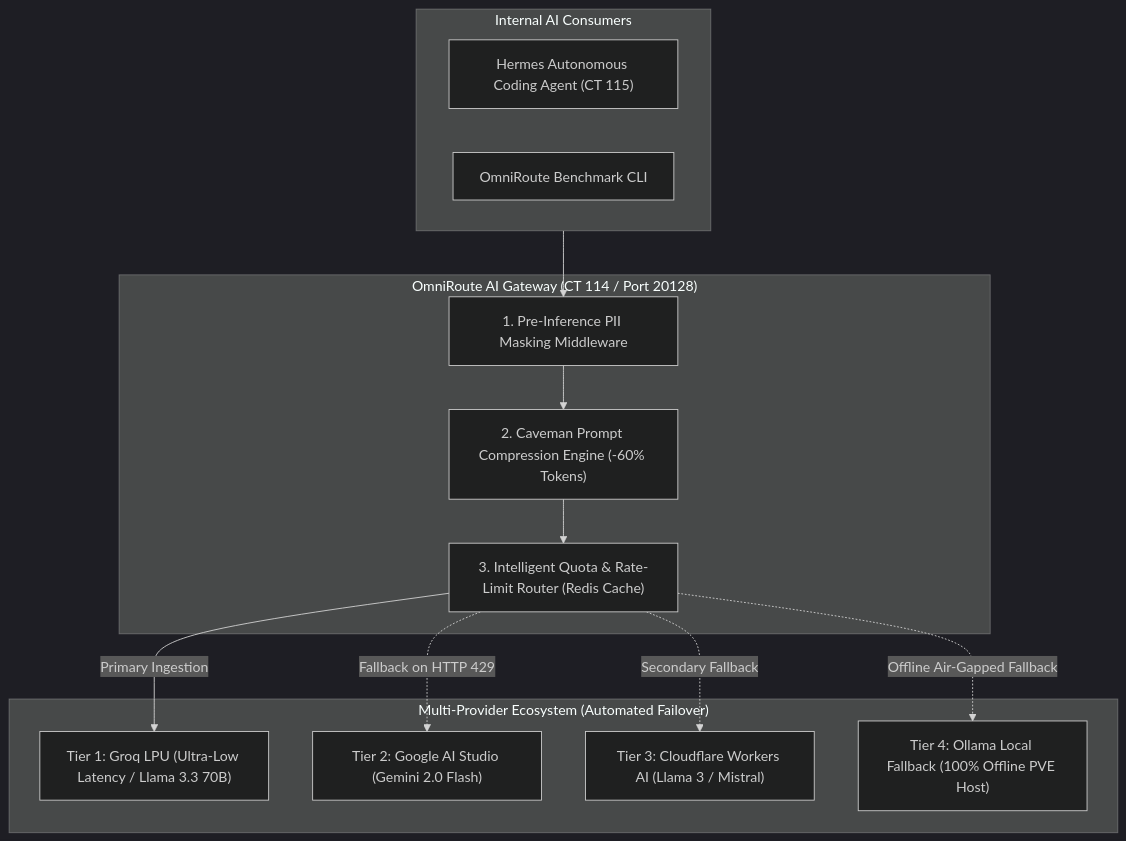
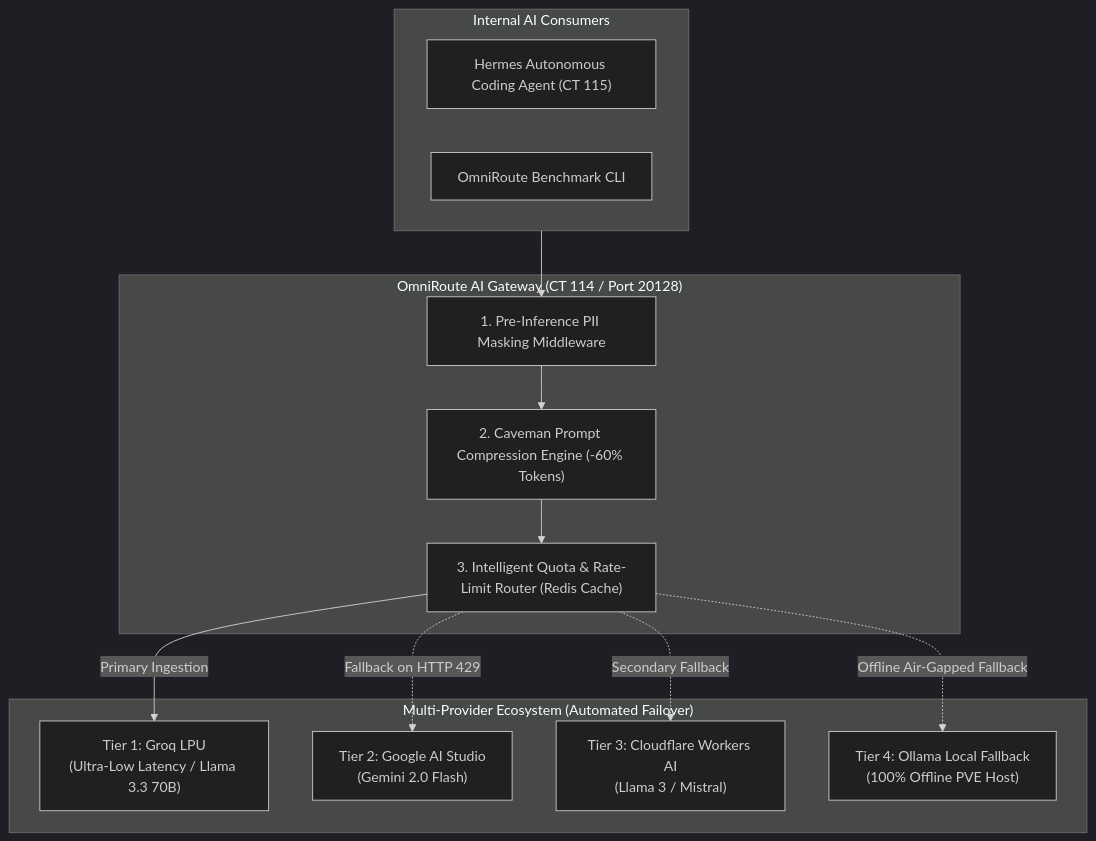
One commit to Lessa-github/sovereign-ai-workspace changed the diagram in README.md. Above: the diagram before and after it, drawn with Mermaid (dark theme). The commit also changed 2 other files, not shown here.

Commit message:
fix(ui): restore natural box wrapping, format multi-line provider cards, and enforce safe label protection

````diff
--- a/README.md
+++ b/README.md
@@ -25,28 +25,28 @@
 ```mermaid
 flowchart TD
     subgraph INTERNAL_CLIENTS ["Internal AI Consumers"]
         Hermes["Hermes Autonomous Coding Agent (CT 115)"]
         BenchCLI["OmniRoute Benchmark CLI"]
     end
 
     subgraph GATEWAY ["OmniRoute AI Gateway (CT 114 / Port 20128)"]
         PII["1. Pre-Inference PII Masking Middleware"]
         Caveman["2. Caveman Prompt Compression Engine (-60% Tokens)"]
         Router["3. Intelligent Quota & Rate-Limit Router (Redis Cache)"]
     end
 
     subgraph PROVIDERS ["Multi-Provider Ecosystem (Automated Failover)"]
-        Groq["Tier 1: Groq LPU (Ultra-Low Latency / Llama 3.3 70B)"]
-        Google["Tier 2: Google AI Studio (Gemini 2.0 Flash)"]
-        CF["Tier 3: Cloudflare Workers AI (Llama 3 / Mistral)"]
-        Ollama["Tier 4: Ollama Local Fallback (100% Offline PVE Host)"]
+        Groq["Tier 1: Groq LPU<br>(Ultra-Low Latency / Llama 3.3 70B)"]
+        Google["Tier 2: Google AI Studio<br>(Gemini 2.0 Flash)"]
+        CF["Tier 3: Cloudflare Workers AI<br>(Llama 3 / Mistral)"]
+        Ollama["Tier 4: Ollama Local Fallback<br>(100% Offline PVE Host)"]
     end
 
     INTERNAL_CLIENTS --> PII
     PII --> Caveman
     Caveman --> Router
     Router -->|Primary Ingestion| Groq
     Router -.->|Fallback on HTTP 429| Google
     Router -.->|Secondary Fallback| CF
     Router -.->|Offline Air-Gapped Fallback| Ollama
 ```
````
